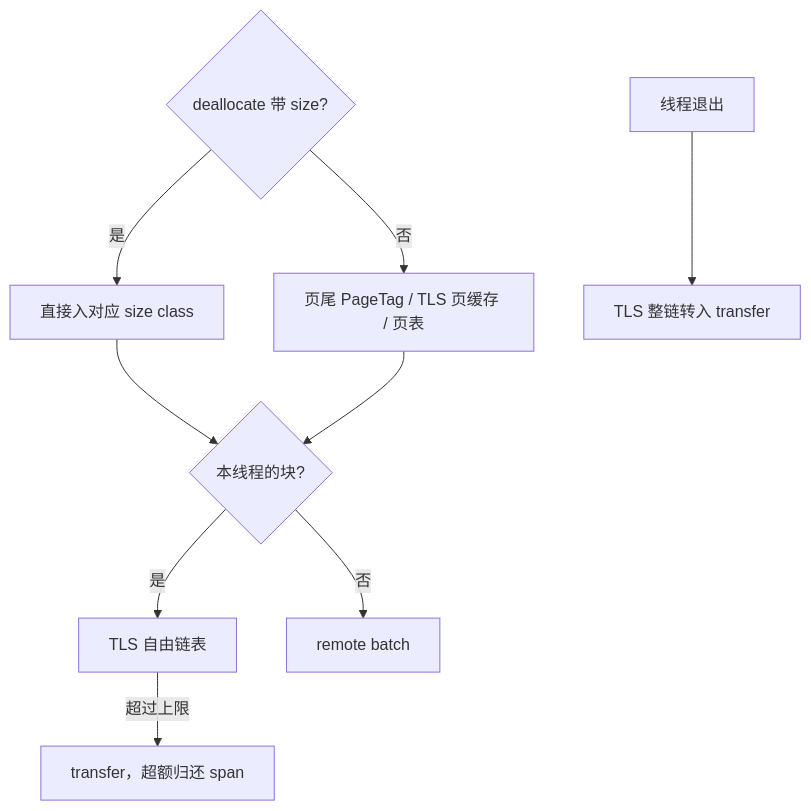
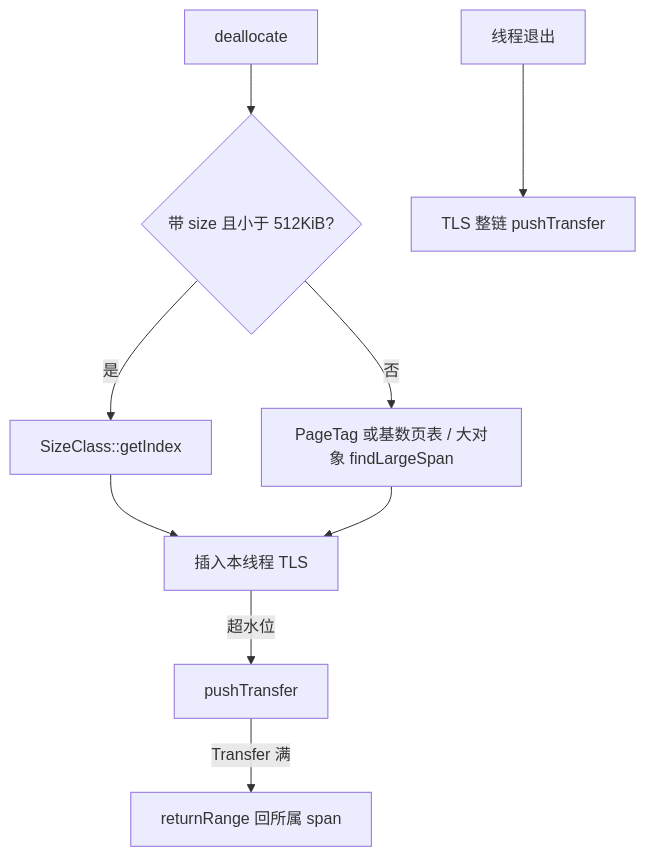
The third of 3 diagrams in README.md (xmd-hs/my-MemoryPool), drawn with Mermaid before and after one commit. The commit also changed other lines of this file and 12 other files, not shown here.

````diff
--- a/README.md
+++ b/README.md
@@ -158,11 +164,11 @@
 ```mermaid
 flowchart TD
-    A{deallocate 带 size?} -->|是| B[直接入对应 size class]
-    A -->|否| C[页尾 PageTag / TLS 页缓存 / 页表]
-    B --> D{本线程的块?}
-    C --> D
-    D -->|是| E[TLS 自由链表]
-    D -->|否| F[remote batch]
-    E -->|超过上限| G[transfer，超额归还 span]
-    H[线程退出] --> I[TLS 整链转入 transfer]
+    A[deallocate] --> B{带 size 且小于 512KiB?}
+    B -->|是| C[SizeClass::getIndex]
+    B -->|否| D[PageTag 或基数页表 / 大对象 findLargeSpan]
+    C --> E[插入本线程 TLS]
+    D --> E
+    E -->|超水位| F[pushTransfer]
+    F -->|Transfer 满| G[returnRange 回所属 span]
+    H[线程退出] --> I[TLS 整链 pushTransfer]
 ```
````
